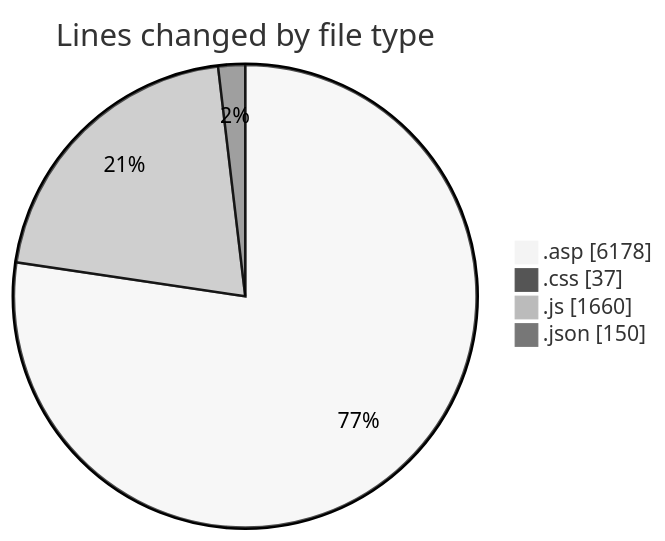
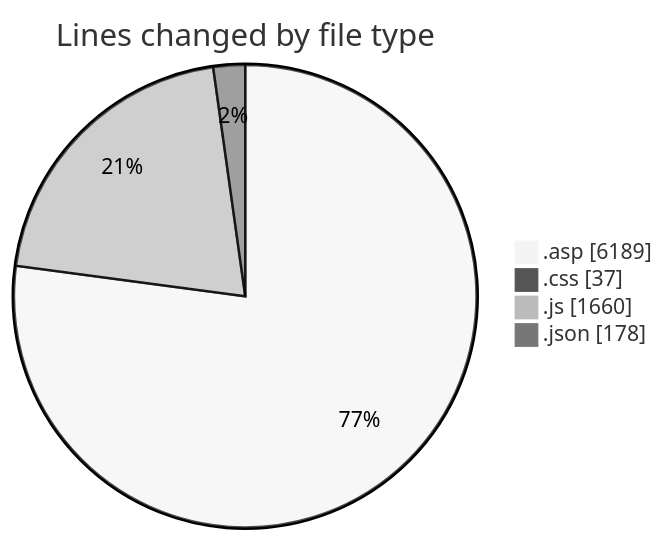
One commit to julien-gomy/code-tracking changed the first of 2 diagrams in 2025-11-02/cdp_aleoudev_fr__workspace_/README.md. Above: the diagram before and after it, drawn with Mermaid (neutral theme). The commit also changed other lines of this file and 1 other file, not shown here.

````diff
--- a/2025-11-02/cdp_aleoudev_fr__workspace_/README.md
+++ b/2025-11-02/cdp_aleoudev_fr__workspace_/README.md
@@ -27,8 +27,8 @@
 ```mermaid
 pie showData
 title Lines changed by file type
-".asp" : 6178
+".asp" : 6189
 ".css" : 37
 ".js" : 1660
-".json" : 150
+".json" : 178
 ```
````
